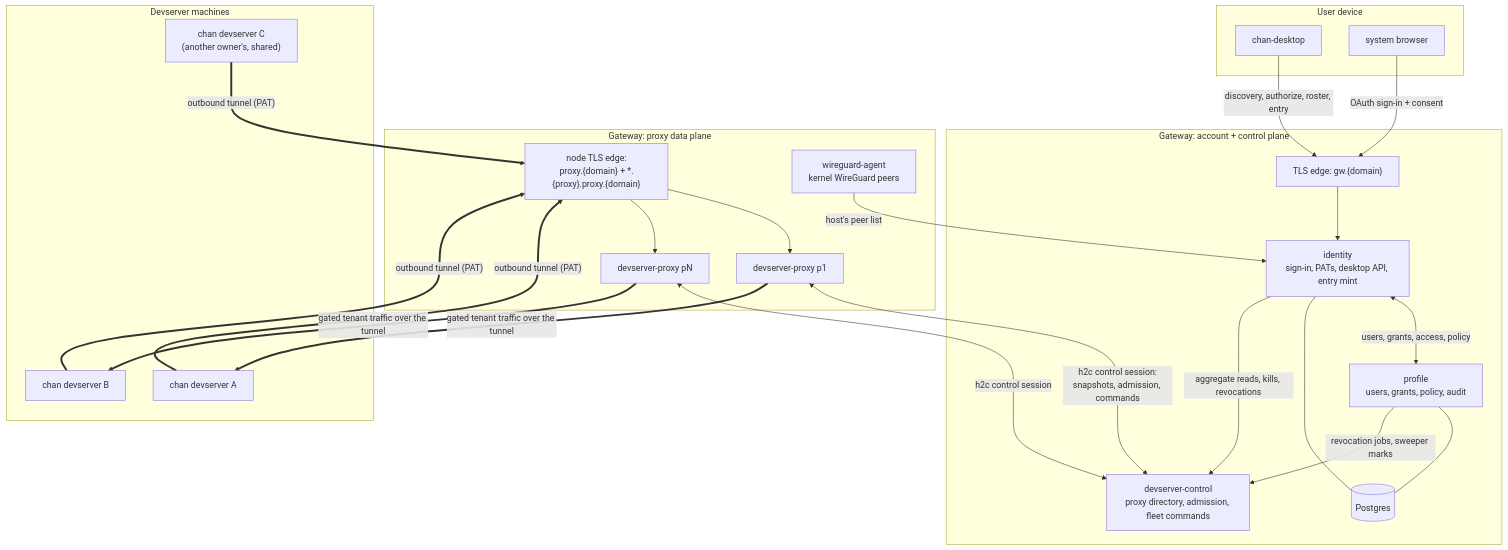
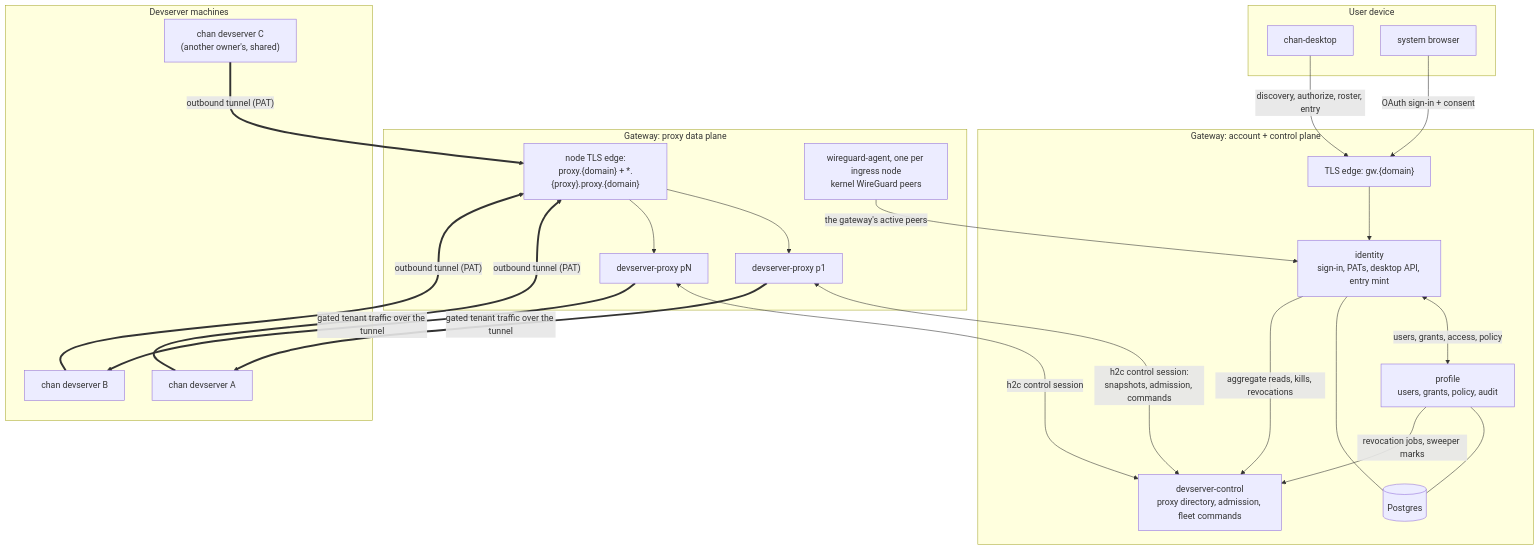
One commit to fiorix/chan changed the first of 4 diagrams in gateway/design.md. Above: the diagram before and after it, drawn with Mermaid. The commit also changed other lines of this file and 3 other files, not shown here.

````diff
--- a/gateway/design.md
+++ b/gateway/design.md
@@ -23,47 +23,47 @@
 ```mermaid
 flowchart TB
     subgraph device["User device"]
         DESK["chan-desktop"]
         BROW["system browser"]
     end
 
     subgraph plane["Gateway: account + control plane"]
         EDGE1["TLS edge: gw.{domain}"]
         ID["identity<br/>sign-in, PATs, desktop API, entry mint"]
         PROF["profile<br/>users, grants, policy, audit"]
         CTL["devserver-control<br/>proxy directory, admission, fleet commands"]
         PG[("Postgres")]
     end
 
     subgraph fleet["Gateway: proxy data plane"]
         EDGE2["node TLS edge:<br/>proxy.{domain} + *.{proxy}.proxy.{domain}"]
         P1["devserver-proxy p1"]
         PN["devserver-proxy pN"]
-        WGA["wireguard-agent<br/>kernel WireGuard peers"]
+        WGA["wireguard-agent, one per ingress node<br/>kernel WireGuard peers"]
     end
 
     subgraph machines["Devserver machines"]
         DSA["chan devserver A"]
         DSB["chan devserver B"]
         DSC["chan devserver C<br/>(another owner's, shared)"]
     end
 
     DESK -->|"discovery, authorize, roster, entry"| EDGE1
     BROW -->|"OAuth sign-in + consent"| EDGE1
     EDGE1 --> ID
     ID <-->|"users, grants, access, policy"| PROF
     ID --- PG
     PROF --- PG
     ID -->|"aggregate reads, kills, revocations"| CTL
     PROF -->|"revocation jobs, sweeper marks"| CTL
     P1 <-->|"h2c control session:<br/>snapshots, admission, commands"| CTL
     PN <-->|"h2c control session"| CTL
     EDGE2 --> P1
     EDGE2 --> PN
-    WGA -->|"host's peer list"| ID
+    WGA -->|"the gateway's active peers"| ID
     DSA ==>|"outbound tunnel (PAT)"| EDGE2
     DSB ==>|"outbound tunnel (PAT)"| EDGE2
     DSC ==>|"outbound tunnel (PAT)"| EDGE2
     P1 ==>|"gated tenant traffic over the tunnel"| DSA
     PN ==>|"gated tenant traffic over the tunnel"| DSB
 ```
````
